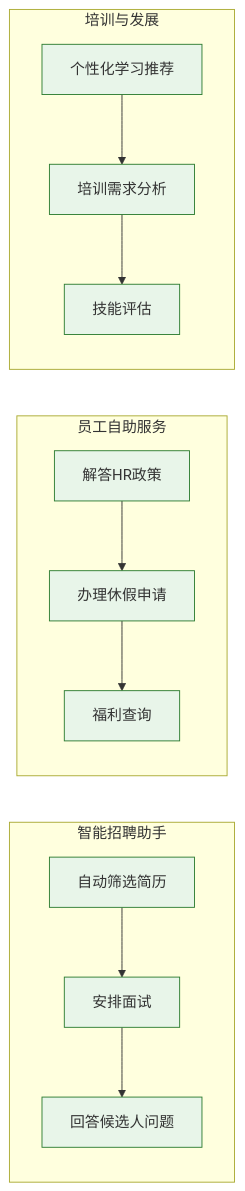
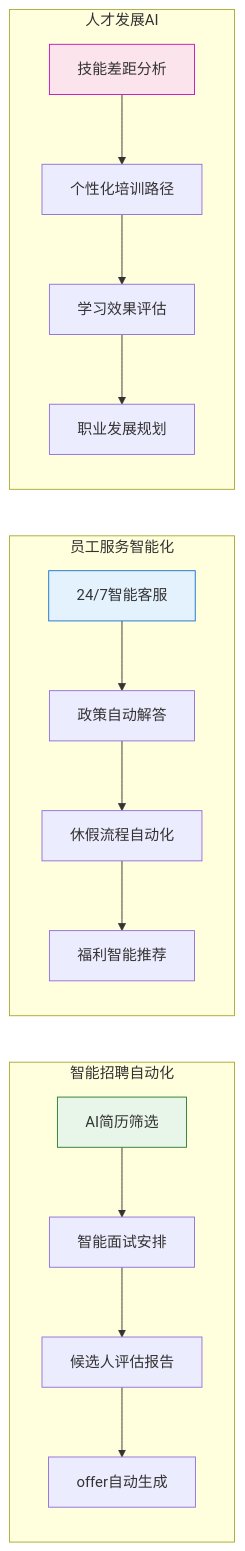
Before and after one commit to KingdeGuo/kingdeguo.github.io: the third of 6 diagrams in _posts/2025-07-14-intro-to-llm-agent-hr.md, drawn with Mermaid. The commit also changed other lines of this file, not shown here.

```diff
--- a/_posts/2025-07-14-intro-to-llm-agent-hr.md
+++ b/_posts/2025-07-14-intro-to-llm-agent-hr.md
@@ -70,27 +103,24 @@
 <div class="mermaid">
 graph LR
-    subgraph 智能招聘助手
-        A1[自动筛选简历] --> A2[安排面试]
-        A2 --> A3[回答候选人问题]
+    subgraph 智能招聘自动化
+        A1[AI简历筛选] --> A2[智能面试安排]
+        A2 --> A3[候选人评估报告]
+        A3 --> A4[offer自动生成]
     end
     
-    subgraph 员工自助服务
-        B1[解答HR政策] --> B2[办理休假申请]
-        B2 --> B3[福利查询]
+    subgraph 员工服务智能化
+        B1[24/7智能客服] --> B2[政策自动解答]
+        B2 --> B3[休假流程自动化]
+        B3 --> B4[福利智能推荐]
     end
     
-    subgraph 培训与发展
-        C1[个性化学习推荐] --> C2[培训需求分析]
-        C2 --> C3[技能评估]
+    subgraph 人才发展AI
+        C1[技能差距分析] --> C2[个性化培训路径]
+        C2 --> C3[学习效果评估]
+        C3 --> C4[职业发展规划]
     end
     
     style A1 fill:#e8f5e9,stroke:#2e7d32
-    style A2 fill:#e8f5e9,stroke:#2e7d32
-    style A3 fill:#e8f5e9,stroke:#2e7d32
-    style B1 fill:#e8f5e9,stroke:#2e7d32
-    style B2 fill:#e8f5e9,stroke:#2e7d32
-    style B3 fill:#e8f5e9,stroke:#2e7d32
-    style C1 fill:#e8f5e9,stroke:#2e7d32
-    style C2 fill:#e8f5e9,stroke:#2e7d32
-    style C3 fill:#e8f5e9,stroke:#2e7d32
+    style B1 fill:#e3f2fd,stroke:#1976d2
+    style C1 fill:#fce4ec,stroke:#c218b5
 </div>
```
